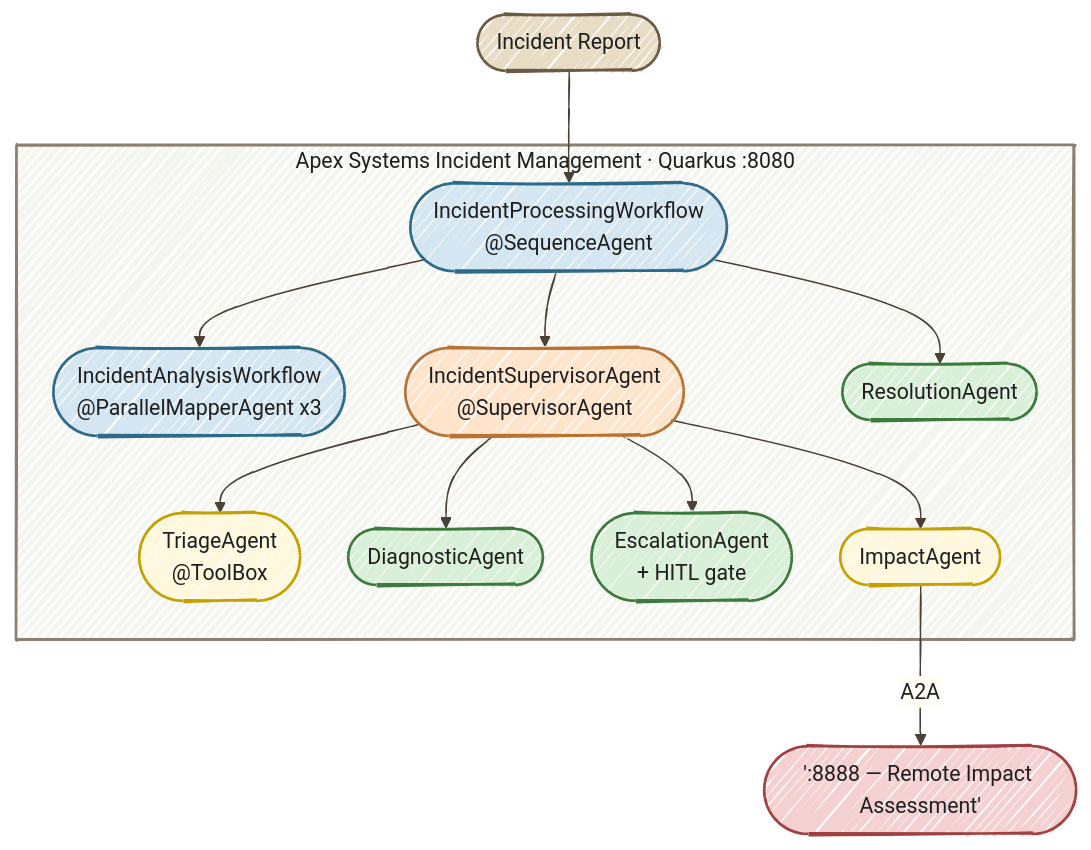
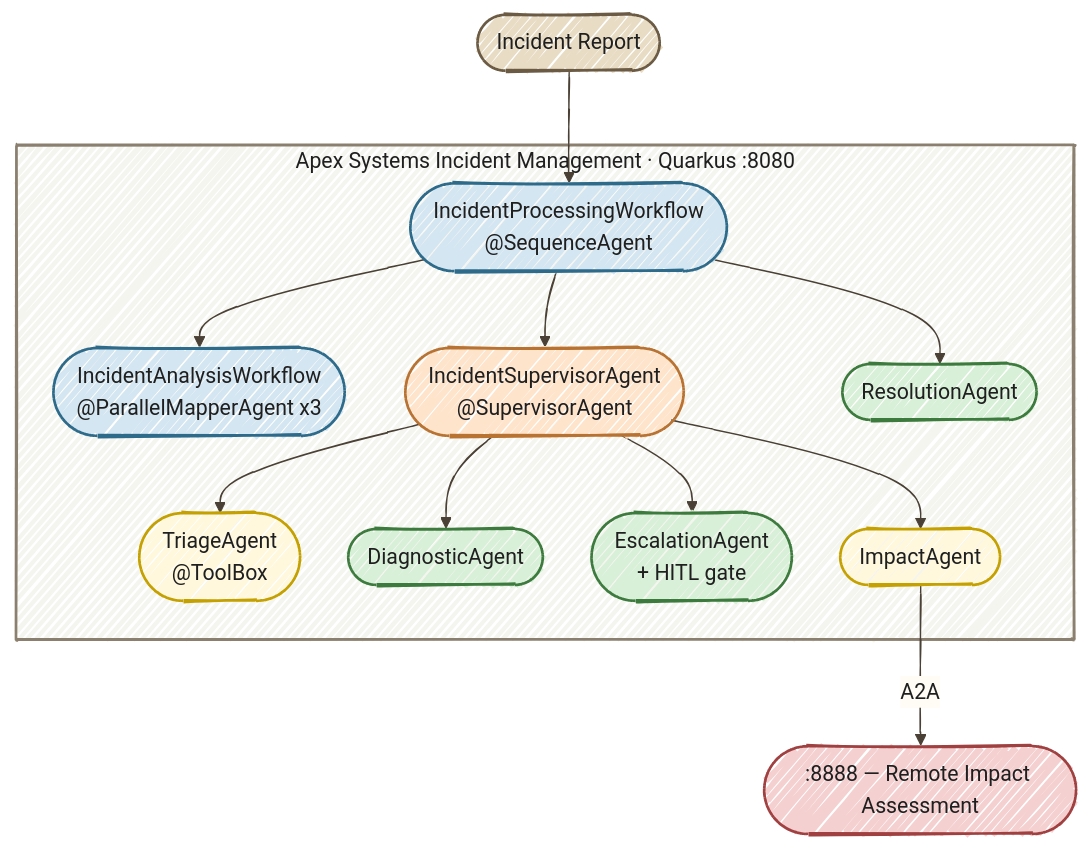
The first of 3 diagrams in docs/00-intro/SPEAKER_NOTES.md (danieloh30/agentic-ai-java-workshop), drawn with Mermaid before and after one commit. The commit also changed other lines of this file and 3 other files, not shown here.

Commit message:
Complete the three-part overview with diagrams and pattern references

````diff
--- a/docs/00-intro/SPEAKER_NOTES.md
+++ b/docs/00-intro/SPEAKER_NOTES.md
@@ -37,41 +41,41 @@
 ```mermaid
 %%{init: {'look':'handDrawn','theme':'base','themeVariables': {'darkMode':false,'background':'#FFFCF5','primaryTextColor':'#1F1F1F','secondaryTextColor':'#1F1F1F','tertiaryTextColor':'#1F1F1F','textColor':'#1F1F1F','lineColor':'#4A4035','edgeLabelBackground':'#FFFCF5','clusterBkg':'#F5F5F0','clusterBorder':'#6B5B45','fontSize':'16px'},'flowchart': {'nodeSpacing':35,'rankSpacing':55,'padding':18}}}%%
 flowchart TD
     IR([Incident Report])
-    RIA(["':8888 — Remote Impact Assessment'"])
+    RIA([":8888 — Remote Impact Assessment"])
 
     subgraph main["Apex Systems Incident Management · Quarkus :8080"]
         IPW(["IncidentProcessingWorkflow<br/>@SequenceAgent"])
         IAW(["IncidentAnalysisWorkflow<br/>@ParallelMapperAgent x3"])
         ISA(["IncidentSupervisorAgent<br/>@SupervisorAgent"])
         RA([ResolutionAgent])
         TA(["TriageAgent<br/>@ToolBox"])
         DA([DiagnosticAgent])
         EA(["EscalationAgent<br/>+ HITL gate"])
         IA([ImpactAgent])
     end
 
     IR --> IPW
     IPW --> IAW
     IPW --> ISA
     IPW --> RA
 
     ISA --> TA
     ISA --> DA
     ISA --> EA
     ISA --> IA
 
     IA -->|A2A| RIA
 
     style IR fill:#E8DCC4,stroke:#6B5B45,color:#1F1F1F,stroke-width:2px
     style IPW fill:#D4E6F1,stroke:#2E6B8A,color:#1F1F1F,stroke-width:2px
     style IAW fill:#D4E6F1,stroke:#2E6B8A,color:#1F1F1F,stroke-width:2px
     style ISA fill:#FFE4CC,stroke:#B87333,color:#1F1F1F,stroke-width:2px
     style RA fill:#D8F0D8,stroke:#3D7A3D,color:#1F1F1F,stroke-width:2px
     style TA fill:#FFF8DC,stroke:#C4A000,color:#1F1F1F,stroke-width:2px
     style DA fill:#D8F0D8,stroke:#3D7A3D,color:#1F1F1F,stroke-width:2px
     style EA fill:#D8F0D8,stroke:#3D7A3D,color:#1F1F1F,stroke-width:2px
     style IA fill:#FFF8DC,stroke:#C4A000,color:#1F1F1F,stroke-width:2px
     style RIA fill:#F5D0D0,stroke:#A04040,color:#1F1F1F,stroke-width:2px
     style main fill:#F5F5F0,stroke:#8B8070,color:#1F1F1F,stroke-width:2px
 ```
````
